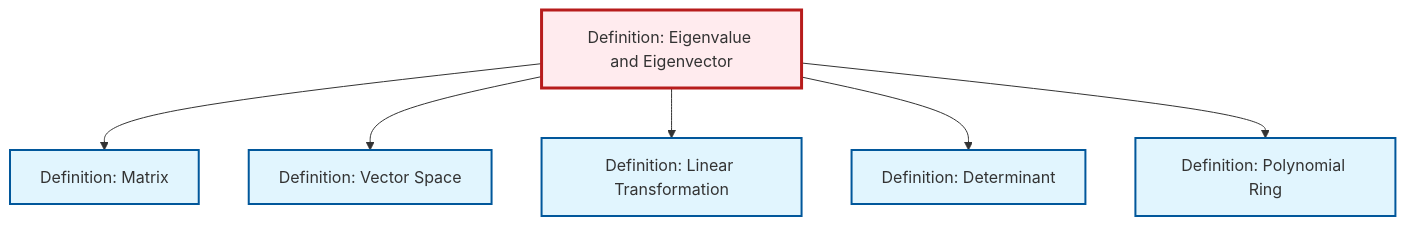
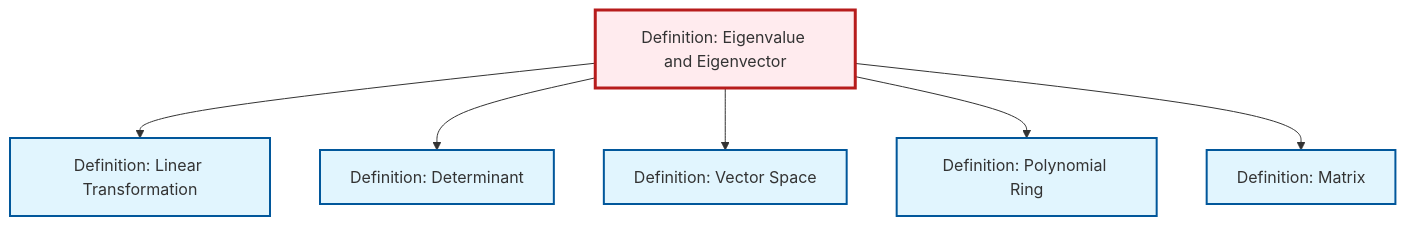
One commit to RK0429/ModernMath changed the diagram in content/en/algebra/def-eigenvalue-eigenvector.qmd. Above: the diagram before and after it, drawn with Mermaid. The commit also changed other lines of this file and 1012 other files, not shown here.

````diff
--- a/content/en/algebra/def-eigenvalue-eigenvector.qmd
+++ b/content/en/algebra/def-eigenvalue-eigenvector.qmd
@@ -74,26 +74,26 @@
 ```{mermaid}
 %%| fig-cap: "Local dependency graph"
 graph TD
     classDef definition fill:#e1f5fe,stroke:#01579b,stroke-width:2px
     classDef theorem fill:#f3e5f5,stroke:#4a148c,stroke-width:2px
     classDef axiom fill:#fff3e0,stroke:#e65100,stroke-width:2px
     classDef example fill:#e8f5e9,stroke:#1b5e20,stroke-width:2px
     classDef current fill:#ffebee,stroke:#b71c1c,stroke-width:3px
-    def-determinant["Definition: Determinant"]:::definition
-    def-linear-transformation["Definition: Linear Transformation"]:::definition
     def-polynomial-ring["Definition: Polynomial Ring"]:::definition
     def-vector-space["Definition: Vector Space"]:::definition
+    def-linear-transformation["Definition: Linear Transformation"]:::definition
     def-eigenvalue-eigenvector["Definition: Eigenvalue and Eigenvector"]:::definition
     def-matrix["Definition: Matrix"]:::definition
-    def-eigenvalue-eigenvector --> def-matrix
-    def-eigenvalue-eigenvector --> def-vector-space
+    def-determinant["Definition: Determinant"]:::definition
     def-eigenvalue-eigenvector --> def-linear-transformation
     def-eigenvalue-eigenvector --> def-determinant
+    def-eigenvalue-eigenvector --> def-vector-space
     def-eigenvalue-eigenvector --> def-polynomial-ring
+    def-eigenvalue-eigenvector --> def-matrix
     class def-eigenvalue-eigenvector current
-    click def-determinant "def-determinant.html" "Go to Determinant definition"
-    click def-linear-transformation "def-linear-transformation.html" "Go to Linear Transformation definition"
     click def-polynomial-ring "def-polynomial-ring.html" "Go to Polynomial Ring definition"
     click def-vector-space "def-vector-space.html" "Go to Vector Space definition"
+    click def-linear-transformation "def-linear-transformation.html" "Go to Linear Transformation definition"
     click def-matrix "def-matrix.html" "Go to Matrix definition"
+    click def-determinant "def-determinant.html" "Go to Determinant definition"
 ```
````
